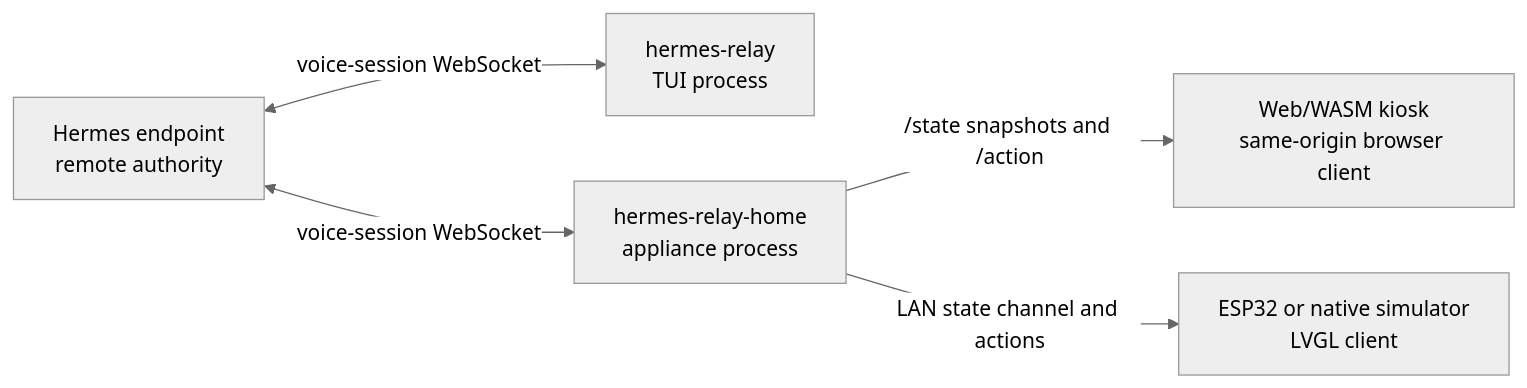
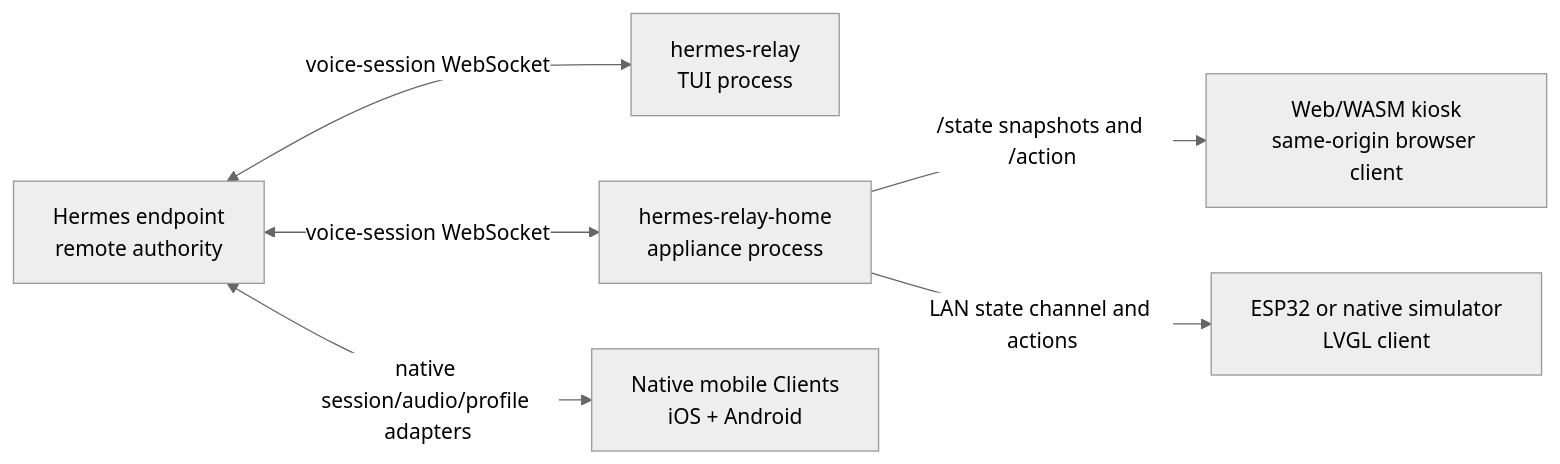
One commit to achappell/hermes-relay-tui changed the second of 2 diagrams in _bmad-output/planning-artifacts/architecture/architecture-hermes-relay-tui-2026-09-08/ARCHITECTURE-SPINE.md. Above: the diagram before and after it, drawn with Mermaid (neutral theme). The commit also changed other lines of this file and 9 other files, not shown here.

```diff
--- a/_bmad-output/planning-artifacts/architecture/architecture-hermes-relay-tui-2026-09-08/ARCHITECTURE-SPINE.md
+++ b/_bmad-output/planning-artifacts/architecture/architecture-hermes-relay-tui-2026-09-08/ARCHITECTURE-SPINE.md
@@ -185,13 +199,15 @@
 ~~~mermaid
 flowchart LR
     hermes["Hermes endpoint<br/>remote authority"]
     tui["hermes-relay<br/>TUI process"]
     home["hermes-relay-home<br/>appliance process"]
     web["Web/WASM kiosk<br/>same-origin browser client"]
     esp["ESP32 or native simulator<br/>LVGL client"]
+    mobile["Native mobile Clients<br/>iOS + Android"]
 
     hermes <-->|voice-session WebSocket| tui
     hermes <-->|voice-session WebSocket| home
+    hermes <-->|native session/audio/profile adapters| mobile
     home -->|/state snapshots and /action| web
     home -->|LAN state channel and actions| esp
 ~~~
```
